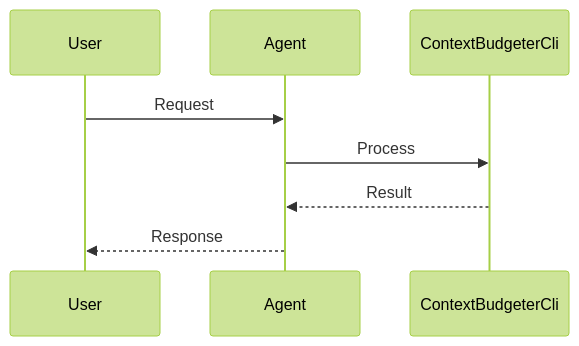
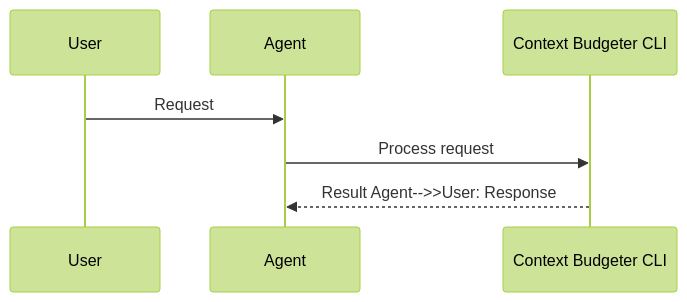
Before and after one commit to MervinPraison/PraisonAIDocs: the second of 2 diagrams in docs/features/context-budgeter-cli.mdx, drawn with Mermaid (forest theme). The commit also changed 204 other files, not shown here.

First line of the commit message:
docs: align feature/tool pages with AGENTS.md hero + sequence + import standards (fixes #1775)

````diff
--- a/docs/features/context-budgeter-cli.mdx
+++ b/docs/features/context-budgeter-cli.mdx
@@ -42,11 +42,10 @@
 ```mermaid
 sequenceDiagram
     participant User
     participant Agent
-    participant ContextBudgeterCli
+    participant Feature as Context Budgeter CLI
 
     User->>Agent: Request
-    Agent->>ContextBudgeterCli: Process
-    ContextBudgeterCli-->>Agent: Result
-    Agent-->>User: Response
+    Agent->>Feature: Process request
+    Feature-->>Agent: Result    Agent-->>User: Response
 ```
````
